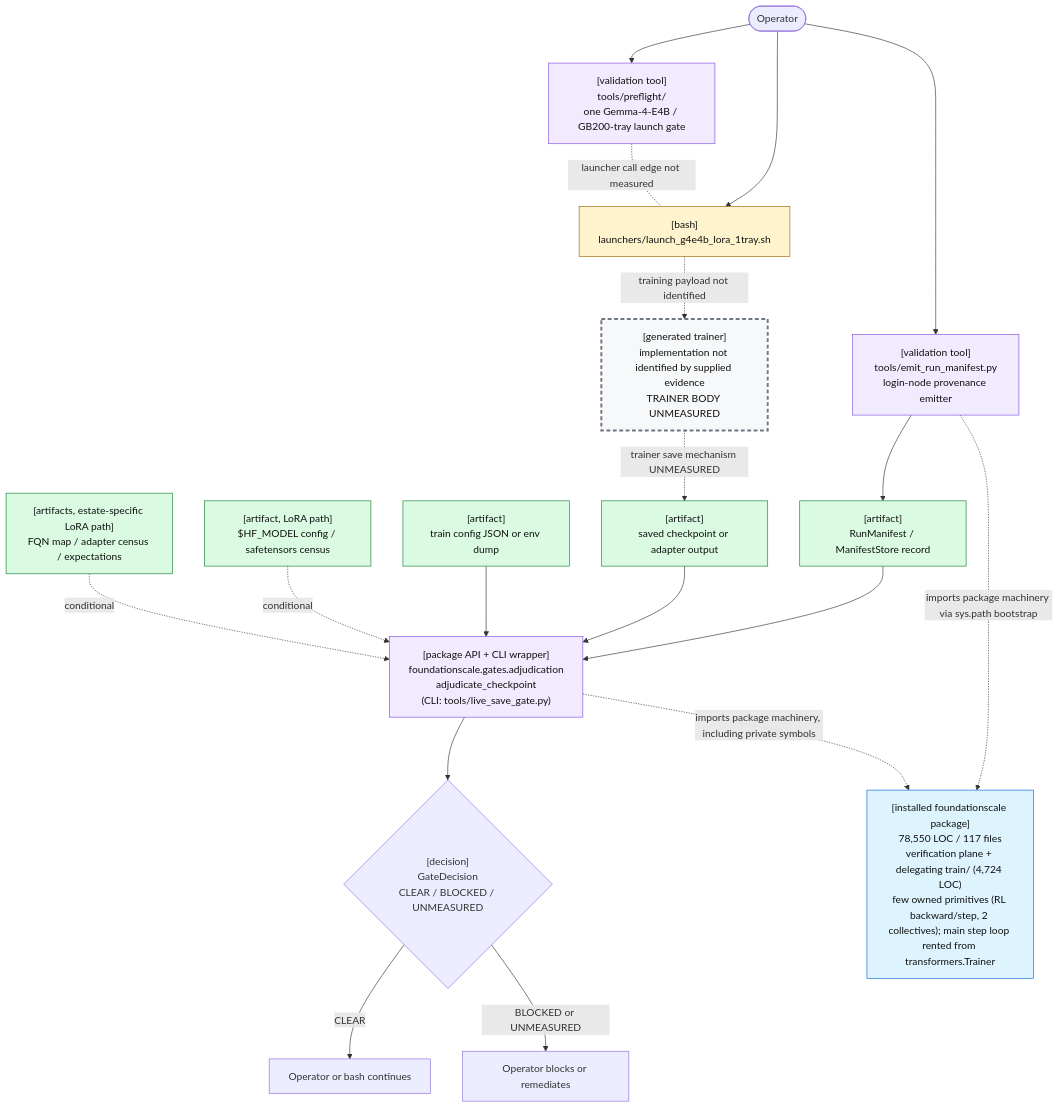
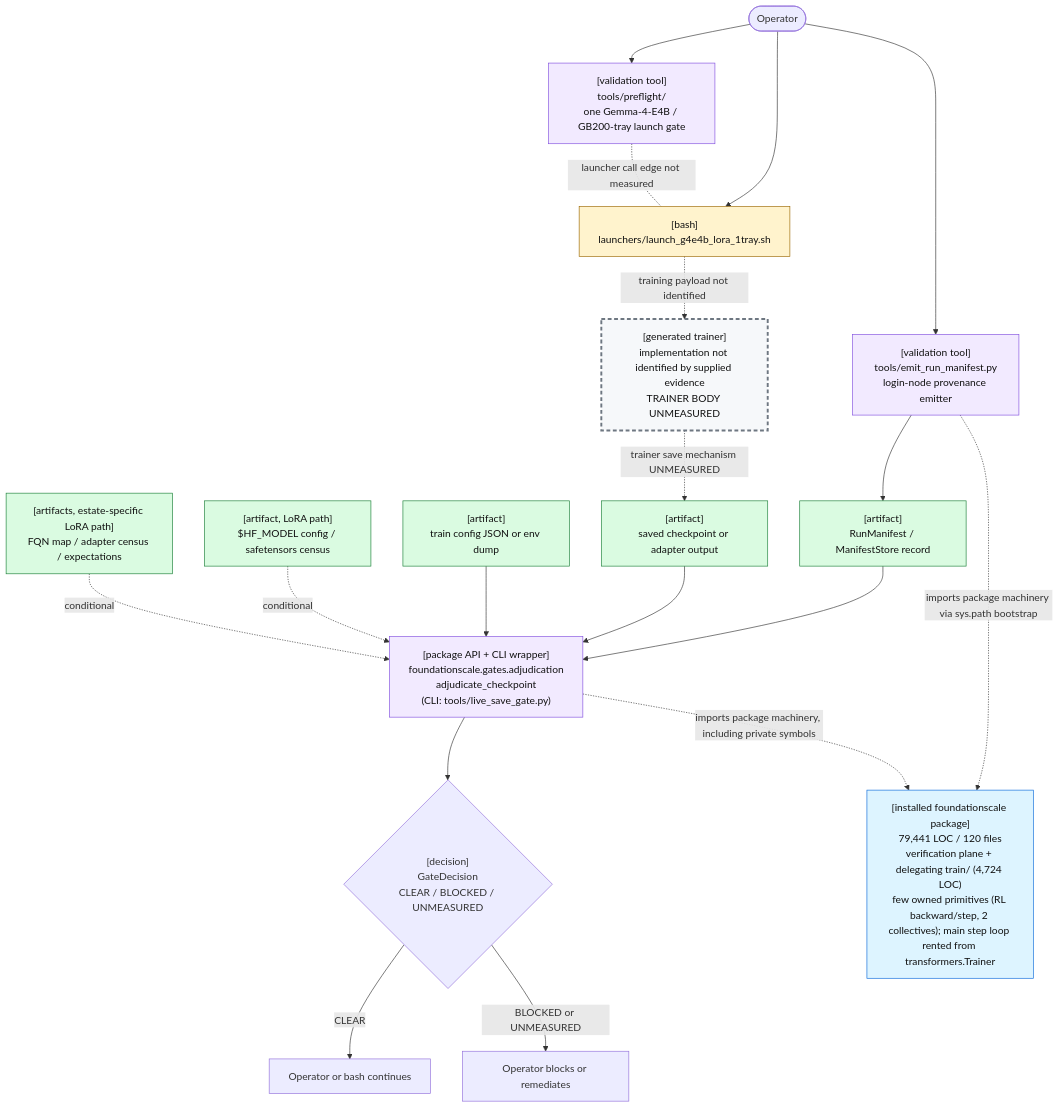
Before and after one commit to TranNhiem/FoundationScale: the first of 2 diagrams in docs/review/D2_current_architecture.md, drawn with Mermaid. The commit also changed other lines of this file and 10 other files, not shown here.

````diff
--- a/docs/review/D2_current_architecture.md
+++ b/docs/review/D2_current_architecture.md
@@ -25,59 +25,59 @@
 ```mermaid
 flowchart TB
   O(["Operator"])
 
   PF["[validation tool]<br/>tools/preflight/<br/>one Gemma-4-E4B / GB200-tray launch gate"]
   L["[bash]<br/>launchers/launch_g4e4b_lora_1tray.sh"]
 
   E["[validation tool]<br/>tools/emit_run_manifest.py<br/>login-node provenance emitter"]
   M["[artifact]<br/>RunManifest / ManifestStore record"]
 
   T["[generated trainer]<br/>implementation not identified by supplied evidence<br/>TRAINER BODY UNMEASURED"]
   C["[artifact]<br/>saved checkpoint or adapter output"]
 
   G["[package API + CLI wrapper]<br/>foundationscale.gates.adjudication<br/>adjudicate_checkpoint<br/>(CLI: tools/live_save_gate.py)"]
   CFG["[artifact]<br/>train config JSON or env dump"]
   BASE["[artifact, LoRA path]<br/>$HF_MODEL config / safetensors census"]
   CEN["[artifacts, estate-specific LoRA path]<br/>FQN map / adapter census / expectations"]
 
   D{"[decision]<br/>GateDecision<br/>CLEAR / BLOCKED / UNMEASURED"}
   OK["Operator or bash continues"]
   NO["Operator blocks or remediates"]
 
-  PKG["[installed foundationscale package]<br/>78,550 LOC / 117 files<br/>verification plane + delegating train/ (4,724 LOC)<br/>few owned primitives (RL backward/step, 2 collectives); main step loop rented from transformers.Trainer"]
+  PKG["[installed foundationscale package]<br/>79,441 LOC / 120 files<br/>verification plane + delegating train/ (4,724 LOC)<br/>few owned primitives (RL backward/step, 2 collectives); main step loop rented from transformers.Trainer"]
 
   O --> PF
   O --> L
   PF -. "launcher call edge not measured" .- L
 
   O --> E
   E --> M
 
   L -. "training payload not identified" .-> T
   T -. "trainer save mechanism UNMEASURED" .-> C
 
   M --> G
   C --> G
   CFG --> G
   BASE -. "conditional" .-> G
   CEN -. "conditional" .-> G
 
   E -. "imports package machinery via sys.path bootstrap" .-> PKG
   G -. "imports package machinery, including private symbols" .-> PKG
 
   G --> D
   D -->|"CLEAR"| OK
   D -->|"BLOCKED or UNMEASURED"| NO
 
   classDef bash fill:#fff3cd,stroke:#9a6700,color:#111;
   classDef tool fill:#f2eaff,stroke:#8250df,color:#111;
   classDef artifact fill:#dafbe1,stroke:#1a7f37,color:#111;
   classDef gap fill:#f6f8fa,stroke:#6e7781,stroke-width:3px,stroke-dasharray: 6 4,color:#111;
   classDef pkg fill:#ddf4ff,stroke:#0969da,color:#111;
 
   class L bash;
   class PF,E,G tool;
   class M,C,CFG,BASE,CEN artifact;
   class T gap;
   class PKG pkg;
 ```
````
